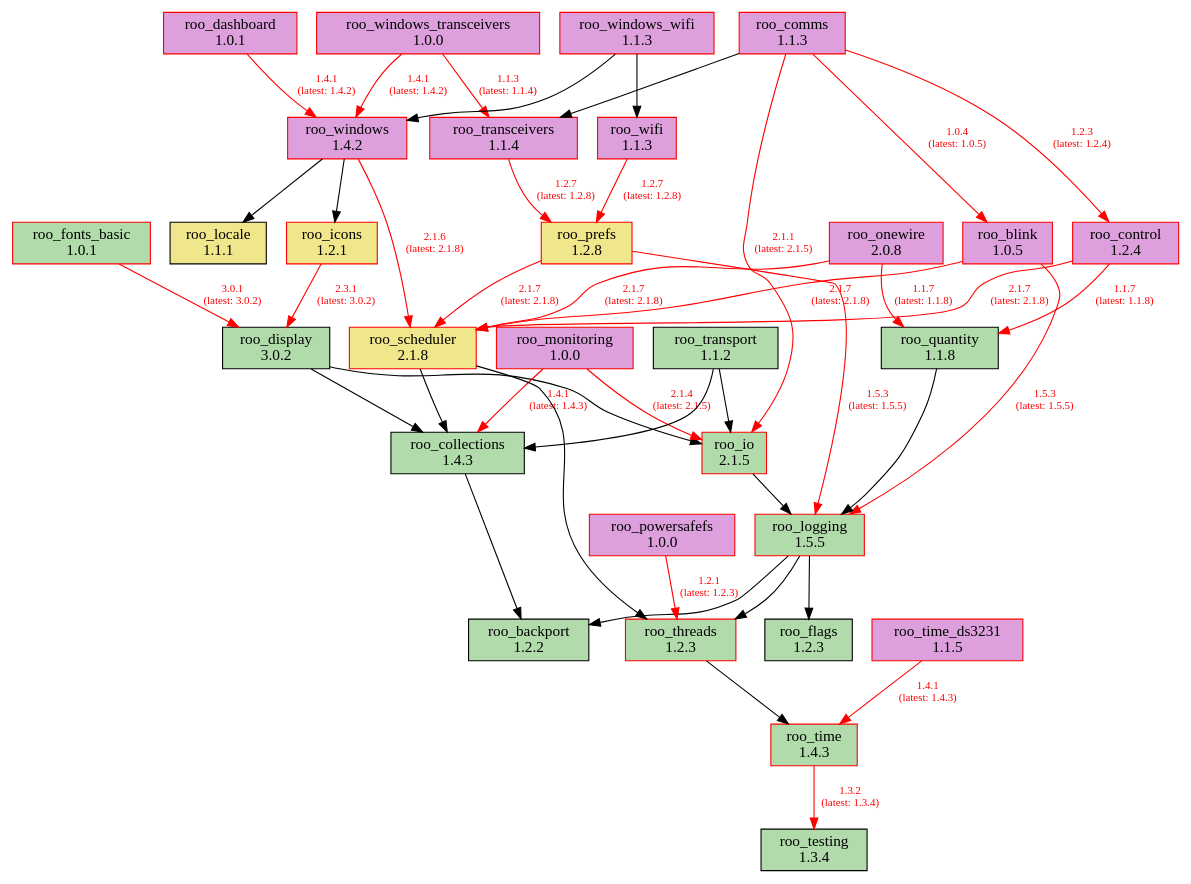
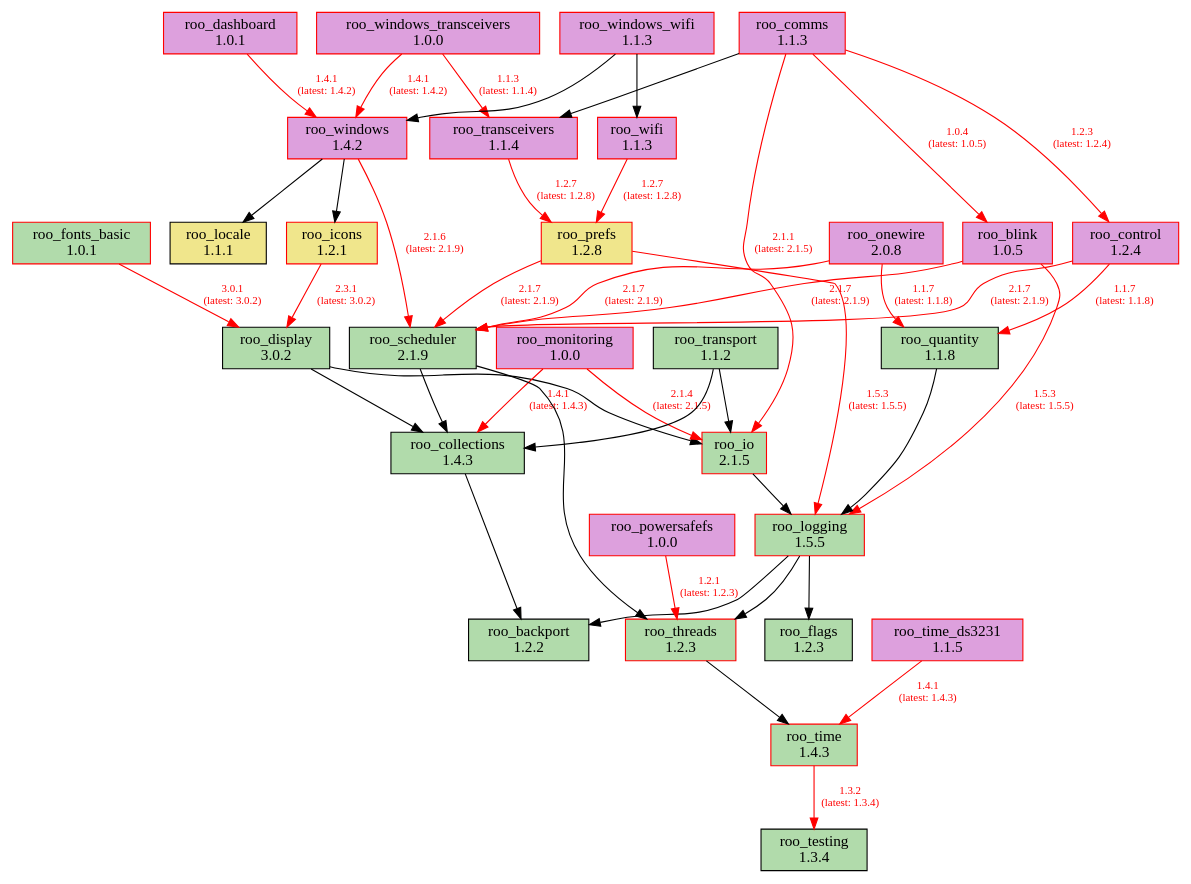
Before and after one commit to dejwk/roo-registry: the diagram in doc/dependencies.dot, drawn with Graphviz. The commit also changed 3 other files, not shown here.

Commit message:
Added roo_scheduler 2.1.9 to the registry.

```diff
--- a/doc/dependencies.dot
+++ b/doc/dependencies.dot
@@ -1,80 +1,80 @@
 digraph dependencies {
     rankdir=TB;
     node [shape=box, style=filled];
     edge [fontsize=10];
 
     // Modules
     "roo_backport" [label="roo_backport\n1.2.2", fillcolor="#b1dbab", color="black"];
     "roo_blink" [label="roo_blink\n1.0.5", fillcolor="plum", color="red"];
     "roo_collections" [label="roo_collections\n1.4.3", fillcolor="#b1dbab", color="black"];
     "roo_comms" [label="roo_comms\n1.1.3", fillcolor="plum", color="red"];
     "roo_control" [label="roo_control\n1.2.4", fillcolor="plum", color="red"];
     "roo_dashboard" [label="roo_dashboard\n1.0.1", fillcolor="plum", color="red"];
     "roo_display" [label="roo_display\n3.0.2", fillcolor="#b1dbab", color="black"];
     "roo_flags" [label="roo_flags\n1.2.3", fillcolor="#b1dbab", color="black"];
     "roo_fonts_basic" [label="roo_fonts_basic\n1.0.1", fillcolor="#b1dbab", color="red"];
     "roo_icons" [label="roo_icons\n1.2.1", fillcolor="khaki", color="red"];
     "roo_io" [label="roo_io\n2.1.5", fillcolor="#b1dbab", color="red"];
     "roo_locale" [label="roo_locale\n1.1.1", fillcolor="khaki", color="black"];
     "roo_logging" [label="roo_logging\n1.5.5", fillcolor="#b1dbab", color="red"];
     "roo_monitoring" [label="roo_monitoring\n1.0.0", fillcolor="plum", color="red"];
     "roo_onewire" [label="roo_onewire\n2.0.8", fillcolor="plum", color="red"];
     "roo_powersafefs" [label="roo_powersafefs\n1.0.0", fillcolor="plum", color="red"];
     "roo_prefs" [label="roo_prefs\n1.2.8", fillcolor="khaki", color="red"];
     "roo_quantity" [label="roo_quantity\n1.1.8", fillcolor="#b1dbab", color="black"];
-    "roo_scheduler" [label="roo_scheduler\n2.1.8", fillcolor="khaki", color="red"];
+    "roo_scheduler" [label="roo_scheduler\n2.1.9", fillcolor="#b1dbab", color="black"];
     "roo_testing" [label="roo_testing\n1.3.4", fillcolor="#b1dbab", color="black"];
     "roo_threads" [label="roo_threads\n1.2.3", fillcolor="#b1dbab", color="red"];
     "roo_time" [label="roo_time\n1.4.3", fillcolor="#b1dbab", color="red"];
     "roo_time_ds3231" [label="roo_time_ds3231\n1.1.5", fillcolor="plum", color="red"];
     "roo_transceivers" [label="roo_transceivers\n1.1.4", fillcolor="plum", color="red"];
     "roo_transport" [label="roo_transport\n1.1.2", fillcolor="#b1dbab", color="black"];
     "roo_wifi" [label="roo_wifi\n1.1.3", fillcolor="plum", color="red"];
     "roo_windows" [label="roo_windows\n1.4.2", fillcolor="plum", color="red"];
     "roo_windows_transceivers" [label="roo_windows_transceivers\n1.0.0", fillcolor="plum", color="red"];
     "roo_windows_wifi" [label="roo_windows_wifi\n1.1.3", fillcolor="plum", color="red"];
 
     // Dependencies
     "roo_blink" -> "roo_logging" [color=red, fontcolor=red, label="1.5.3\n(latest: 1.5.5)"];
-    "roo_blink" -> "roo_scheduler" [color=red, fontcolor=red, label="2.1.7\n(latest: 2.1.8)"];
+    "roo_blink" -> "roo_scheduler" [color=red, fontcolor=red, label="2.1.7\n(latest: 2.1.9)"];
     "roo_collections" -> "roo_backport";
     "roo_comms" -> "roo_blink" [color=red, fontcolor=red, label="1.0.4\n(latest: 1.0.5)"];
     "roo_comms" -> "roo_control" [color=red, fontcolor=red, label="1.2.3\n(latest: 1.2.4)"];
     "roo_comms" -> "roo_io" [color=red, fontcolor=red, label="2.1.1\n(latest: 2.1.5)"];
     "roo_comms" -> "roo_transceivers";
     "roo_control" -> "roo_quantity" [color=red, fontcolor=red, label="1.1.7\n(latest: 1.1.8)"];
-    "roo_control" -> "roo_scheduler" [color=red, fontcolor=red, label="2.1.7\n(latest: 2.1.8)"];
+    "roo_control" -> "roo_scheduler" [color=red, fontcolor=red, label="2.1.7\n(latest: 2.1.9)"];
     "roo_dashboard" -> "roo_windows" [color=red, fontcolor=red, label="1.4.1\n(latest: 1.4.2)"];
     "roo_display" -> "roo_collections";
     "roo_display" -> "roo_io";
     "roo_fonts_basic" -> "roo_display" [color=red, fontcolor=red, label="3.0.1\n(latest: 3.0.2)"];
     "roo_icons" -> "roo_display" [color=red, fontcolor=red, label="2.3.1\n(latest: 3.0.2)"];
     "roo_io" -> "roo_logging";
     "roo_logging" -> "roo_backport";
     "roo_logging" -> "roo_flags";
     "roo_logging" -> "roo_threads";
     "roo_monitoring" -> "roo_collections" [color=red, fontcolor=red, label="1.4.1\n(latest: 1.4.3)"];
     "roo_monitoring" -> "roo_io" [color=red, fontcolor=red, label="2.1.4\n(latest: 2.1.5)"];
-    "roo_onewire" -> "roo_scheduler" [color=red, fontcolor=red, label="2.1.7\n(latest: 2.1.8)"];
+    "roo_onewire" -> "roo_scheduler" [color=red, fontcolor=red, label="2.1.7\n(latest: 2.1.9)"];
     "roo_onewire" -> "roo_quantity" [color=red, fontcolor=red, label="1.1.7\n(latest: 1.1.8)"];
     "roo_powersafefs" -> "roo_threads" [color=red, fontcolor=red, label="1.2.1\n(latest: 1.2.3)"];
     "roo_prefs" -> "roo_logging" [color=red, fontcolor=red, label="1.5.3\n(latest: 1.5.5)"];
-    "roo_prefs" -> "roo_scheduler" [color=red, fontcolor=red, label="2.1.7\n(latest: 2.1.8)"];
+    "roo_prefs" -> "roo_scheduler" [color=red, fontcolor=red, label="2.1.7\n(latest: 2.1.9)"];
     "roo_quantity" -> "roo_logging";
     "roo_scheduler" -> "roo_collections";
     "roo_scheduler" -> "roo_threads";
     "roo_threads" -> "roo_time";
     "roo_time" -> "roo_testing" [color=red, fontcolor=red, label="1.3.2\n(latest: 1.3.4)"];
     "roo_time_ds3231" -> "roo_time" [color=red, fontcolor=red, label="1.4.1\n(latest: 1.4.3)"];
     "roo_transceivers" -> "roo_prefs" [color=red, fontcolor=red, label="1.2.7\n(latest: 1.2.8)"];
     "roo_transport" -> "roo_collections";
     "roo_transport" -> "roo_io";
     "roo_wifi" -> "roo_prefs" [color=red, fontcolor=red, label="1.2.7\n(latest: 1.2.8)"];
     "roo_windows" -> "roo_locale";
     "roo_windows" -> "roo_icons";
-    "roo_windows" -> "roo_scheduler" [color=red, fontcolor=red, label="2.1.6\n(latest: 2.1.8)"];
+    "roo_windows" -> "roo_scheduler" [color=red, fontcolor=red, label="2.1.6\n(latest: 2.1.9)"];
     "roo_windows_transceivers" -> "roo_transceivers" [color=red, fontcolor=red, label="1.1.3\n(latest: 1.1.4)"];
     "roo_windows_transceivers" -> "roo_windows" [color=red, fontcolor=red, label="1.4.1\n(latest: 1.4.2)"];
     "roo_windows_wifi" -> "roo_wifi";
     "roo_windows_wifi" -> "roo_windows";
 }
```
